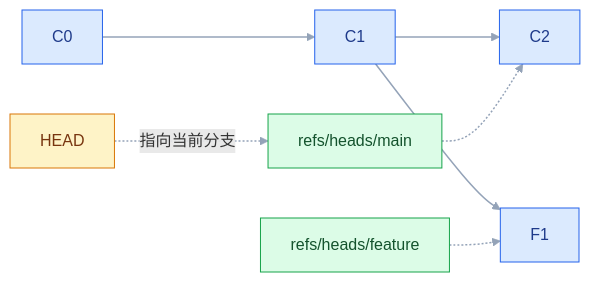
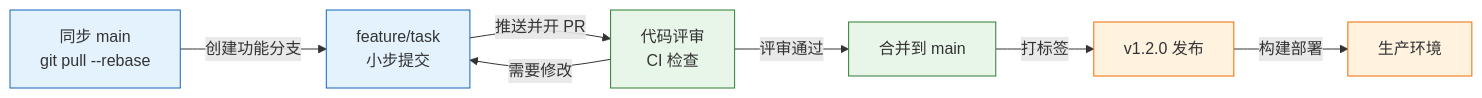
Before and after one commit to jimbosuper/studynotes: the third of 4 diagrams in blog/src/notes/07-运维/02-版本管理/01-Git版本管理.md, drawn with Mermaid. The commit also changed other lines of this file and 367 other files, not shown here.

````diff
--- a/blog/src/notes/07-运维/02-版本管理/01-Git版本管理.md
+++ b/blog/src/notes/07-运维/02-版本管理/01-Git版本管理.md
@@ -577,14 +709,15 @@
 ```mermaid
 flowchart LR
-    classDef commit fill:#DBEAFE,stroke:#2563EB,color:#1E3A8A
-    classDef ref fill:#DCFCE7,stroke:#16A34A,color:#14532D
-    classDef head fill:#FEF3C7,stroke:#D97706,color:#78350F
-
-    C0["C0"]:::commit --> C1["C1"]:::commit
-    C1 --> C2["C2"]:::commit
-    C1 --> F1["F1"]:::commit
-    M["refs/heads/main"]:::ref -.-> C2
-    F["refs/heads/feature"]:::ref -.-> F1
-    H["HEAD"]:::head -.->|"指向当前分支"| M
-    linkStyle default stroke:#94A3B8,stroke-width:1.5px
+    A["同步 main<br/>git pull --rebase"] -->|"创建功能分支"| B["feature/task<br/>小步提交"]
+    B -->|"推送并开 PR"| C["代码评审<br/>CI 检查"]
+    C -->|"评审通过"| D["合并到 main"]
+    C -->|"需要修改"| B
+    D -->|"打标签"| E["v1.2.0 发布"]
+    E -->|"构建部署"| F["生产环境"]
+    classDef client fill:#e3f2fd,stroke:#1565c0;
+    classDef engine fill:#e8f5e9,stroke:#2e7d32;
+    classDef image fill:#fff3e0,stroke:#ef6c00;
+    class A,B client
+    class C,D engine
+    class E,F image
 ```
````
